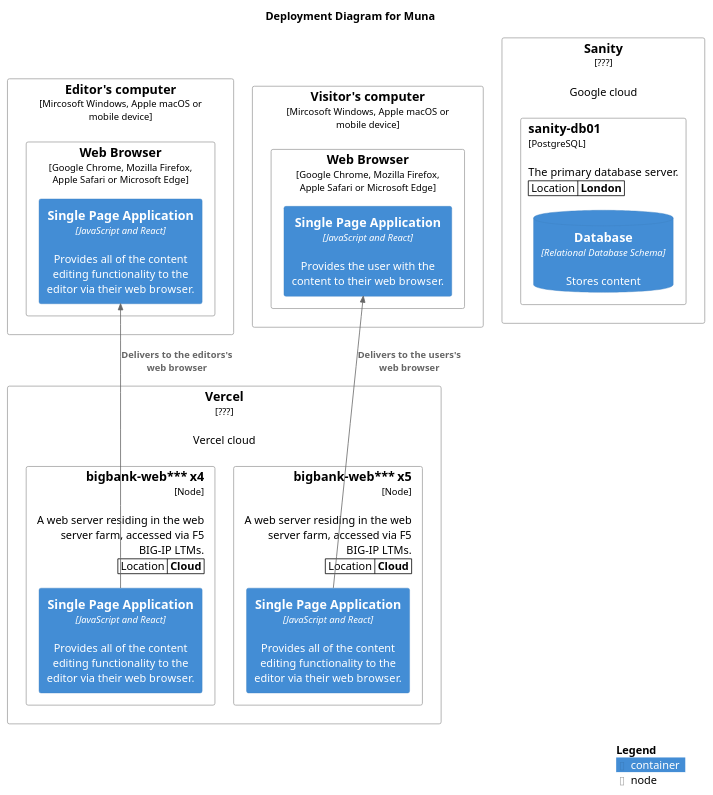
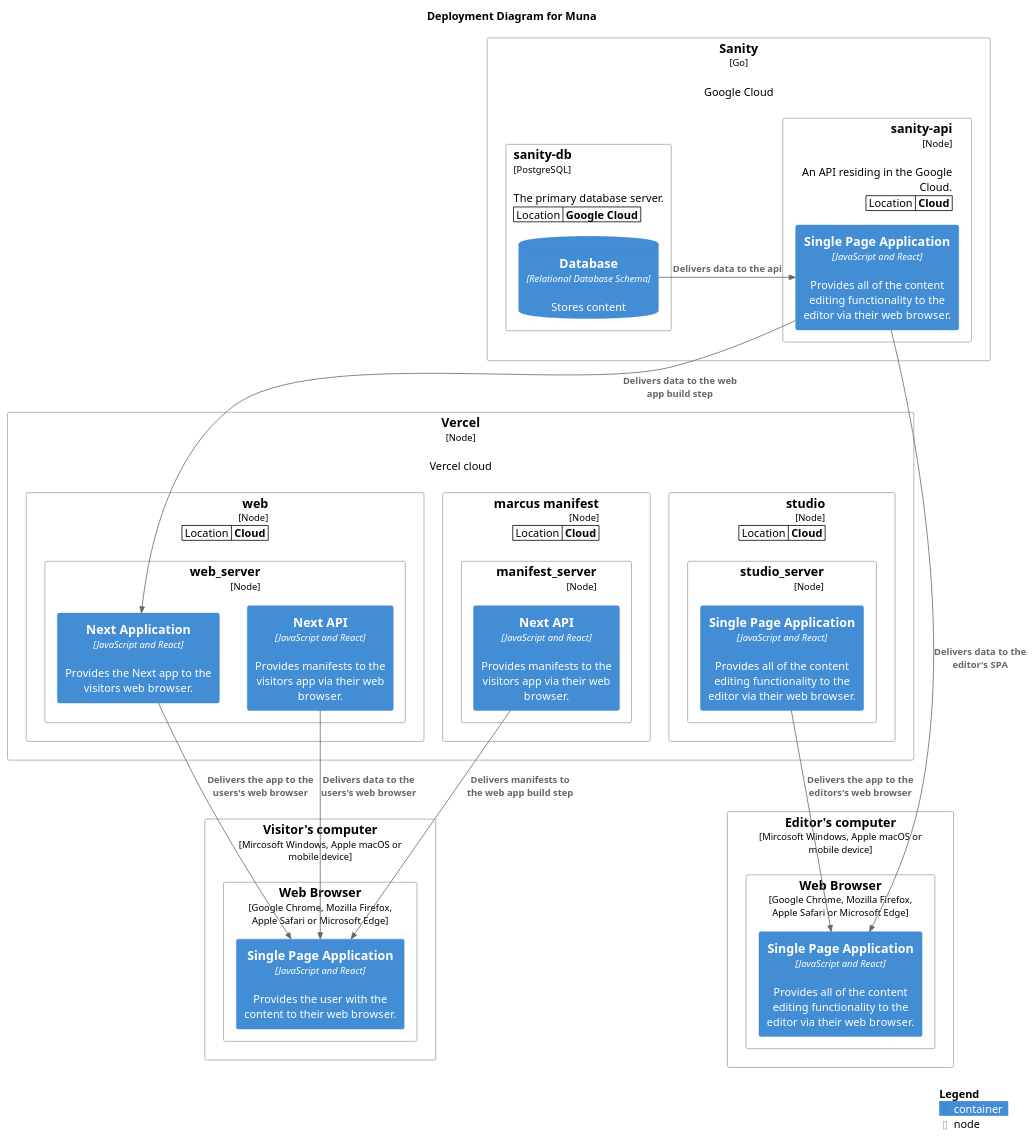
One commit to uib-ub/sanity-exhibition-nansen changed the diagram in docs/diagrams/src/deployment.puml. Above: the diagram before and after it, drawn with PlantUML. The commit also changed 1 other file, not shown here.

Commit message:
Update deployment diagram

```diff
--- a/docs/diagrams/src/deployment.puml
+++ b/docs/diagrams/src/deployment.puml
@@ -1,50 +1,70 @@
 @startuml "deployment"
   !include https://raw.githubusercontent.com/plantuml-stdlib/C4-PlantUML/master/C4_Deployment.puml
 ' uncomment the following line and comment the first to use locally
 ' !include C4_Deployment.puml
 
 AddElementTag("fallback", $bgColor="#c0c0c0")
 AddRelTag("fallback", $textColor="#c0c0c0", $lineColor="#438DD5")
 
 WithoutPropertyHeader()
 
 ' calculated legend is used (activated in last line)
 ' LAYOUT_WITH_LEGEND()
 
 title Deployment Diagram for Muna
 
-Deployment_Node(vercel, "Vercel", "???", "Vercel cloud"){
+Deployment_Node(vercel, "Vercel", "Node", "Vercel cloud"){
     AddProperty("Location", "Cloud")
-    Deployment_Node_R(bb2, "bigbank-web***\tx4", "Node", "A web server residing in the web server farm, accessed via F5 BIG-IP LTMs."){
-      Container(editor_web, "Single Page Application", "JavaScript and React", "Provides all of the content editing functionality to the editor via their web browser.")
+    Deployment_Node_R(vercel_studio, "studio", "Node"){
+      Deployment_Node_R(vercel_studio_server, "studio_server", "Node"){
+        Container(vercel_studio_spa, "Single Page Application", "JavaScript and React", "Provides all of the content editing functionality to the editor via their web browser.")
+      }
     }
     AddProperty("Location", "Cloud")
-    Deployment_Node_R(bb3, "bigbank-web***\tx5", "Node", "A web server residing in the web server farm, accessed via F5 BIG-IP LTMs."){
-      Container(user_web, "Single Page Application", "JavaScript and React", "Provides all of the content editing functionality to the editor via their web browser.")
+    Deployment_Node_R(vercel_web, "web", "Node"){
+      Deployment_Node_R(vercel_web_server, "web_server", "Node"){
+        Container(vercel_web_next_app, "Next Application", "JavaScript and React", "Provides the Next app to the visitors web browser.")
+        Container(vercel_web_next_app_api, "Next API", "JavaScript and React", "Provides manifests to the visitors app via their web browser.")
+      }
+    }
+    AddProperty("Location", "Cloud")
+    Deployment_Node_R(vercel_manifest, "marcus manifest", "Node"){
+      Deployment_Node_R(vercel_manifest_server, "manifest_server", "Node"){
+        Container(vercel_manifest_next_app_api, "Next API", "JavaScript and React", "Provides manifests to the visitors app via their web browser.")
+      }
     }
 }
 
-Deployment_Node(sanity, "Sanity", "???", "Google cloud"){
-    AddProperty("Location", "London")
-    Deployment_Node_L(sanitydb01, "sanity-db01", "PostgreSQL", "The primary database server."){
+Deployment_Node(sanity, "Sanity", "Go", "Google Cloud"){
+    AddProperty("Location", "Cloud")
+    Deployment_Node_R(sanity_API, "sanity-api", "Node", "An API residing in the Google Cloud."){
+      Container(sanitydb_api, "Single Page Application", "JavaScript and React", "Provides all of the content editing functionality to the editor via their web browser.")
+    }
+    AddProperty("Location", "Google Cloud")
+    Deployment_Node_L(sanitydb, "sanity-db", "PostgreSQL", "The primary database server."){
       ContainerDb(db, "Database", "Relational Database Schema", "Stores content")
     }
 }
 
 Deployment_Node(editor_device, "Editor's computer", "Mircosoft Windows, Apple macOS or mobile device"){
     Deployment_Node(editor_browser, "Web Browser", "Google Chrome, Mozilla Firefox, Apple Safari or Microsoft Edge"){
         Container(editor_spa, "Single Page Application", "JavaScript and React", "Provides all of the content editing functionality to the editor via their web browser.")
     }
 }
 
 Deployment_Node(user_device, "Visitor's computer", "Mircosoft Windows, Apple macOS or mobile device"){
     Deployment_Node(user_browser, "Web Browser", "Google Chrome, Mozilla Firefox, Apple Safari or Microsoft Edge"){
         Container(user_spa, "Single Page Application", "JavaScript and React", "Provides the user with the content to their web browser.")
     }
 }
 
-Rel_U(editor_web, editor_spa, "Delivers to the editors's web browser")
-Rel_U(user_web, user_spa, "Delivers to the users's web browser")
+Rel_D(vercel_studio_spa, editor_spa, "Delivers the app to the editors's web browser")
+Rel_D(vercel_web_next_app, user_spa, "Delivers the app to the users's web browser")
+Rel_D(vercel_web_next_app_api, user_spa, "Delivers data to the users's web browser")
+Rel_D(sanitydb_api, vercel_web_next_app, "Delivers data to the web app build step")
+Rel_D(vercel_manifest_next_app_api, user_spa, "Delivers manifests to the web app build step")
+Rel_D(sanitydb_api, editor_spa, "Delivers data to the editor's SPA")
+Rel_R(db, sanitydb_api, "Delivers data to the api")
 
 SHOW_LEGEND()
 @enduml
```
